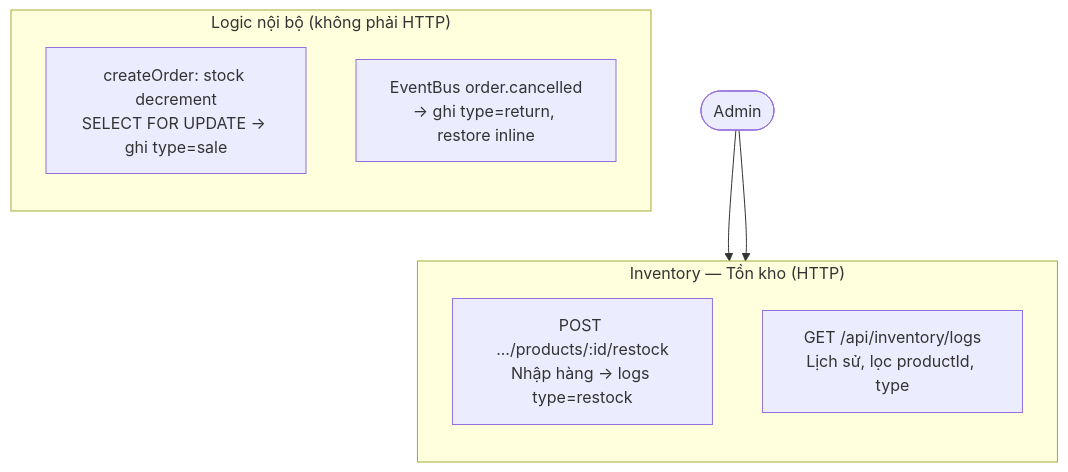
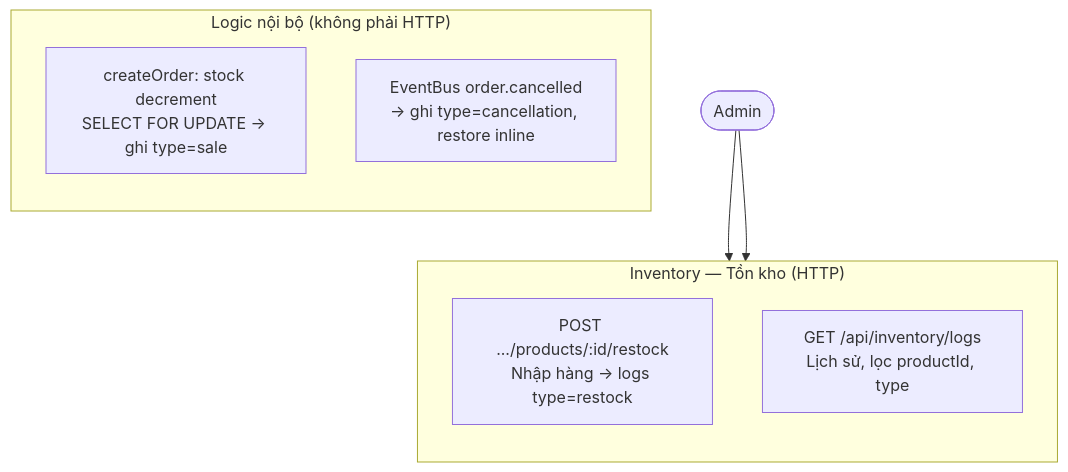
One commit to MinhThang1009/E-commerce-website changed diagram 16 of 47 in DIAGRAMS.md. Above: the diagram before and after it, drawn with Mermaid. The commit also changed other lines of this file and 9 other files, not shown here.

First line of the commit message:
docs: đồng bộ tài liệu RAG pipeline + diagram với codebase

````diff
--- a/DIAGRAMS.md
+++ b/DIAGRAMS.md
@@ -480,19 +480,19 @@
 ```mermaid
 flowchart TB
     Admin(["Admin"])
 
     subgraph INVENTORY["Inventory — Tồn kho (HTTP)"]
         direction TB
         I1["POST .../products/:id/restock<br/>Nhập hàng → logs type=restock"]
         I2["GET /api/inventory/logs<br/>Lịch sử, lọc productId, type"]
     end
 
     subgraph INVENTORY_INT["Logic nội bộ (không phải HTTP)"]
         direction TB
         I3["createOrder: stock decrement<br/>SELECT FOR UPDATE → ghi type=sale"]
-        I4["EventBus order.cancelled<br/>→ ghi type=return, restore inline"]
+        I4["EventBus order.cancelled<br/>→ ghi type=cancellation, restore inline"]
     end
 
     Admin --> I1
     Admin --> I2
 ```
````
